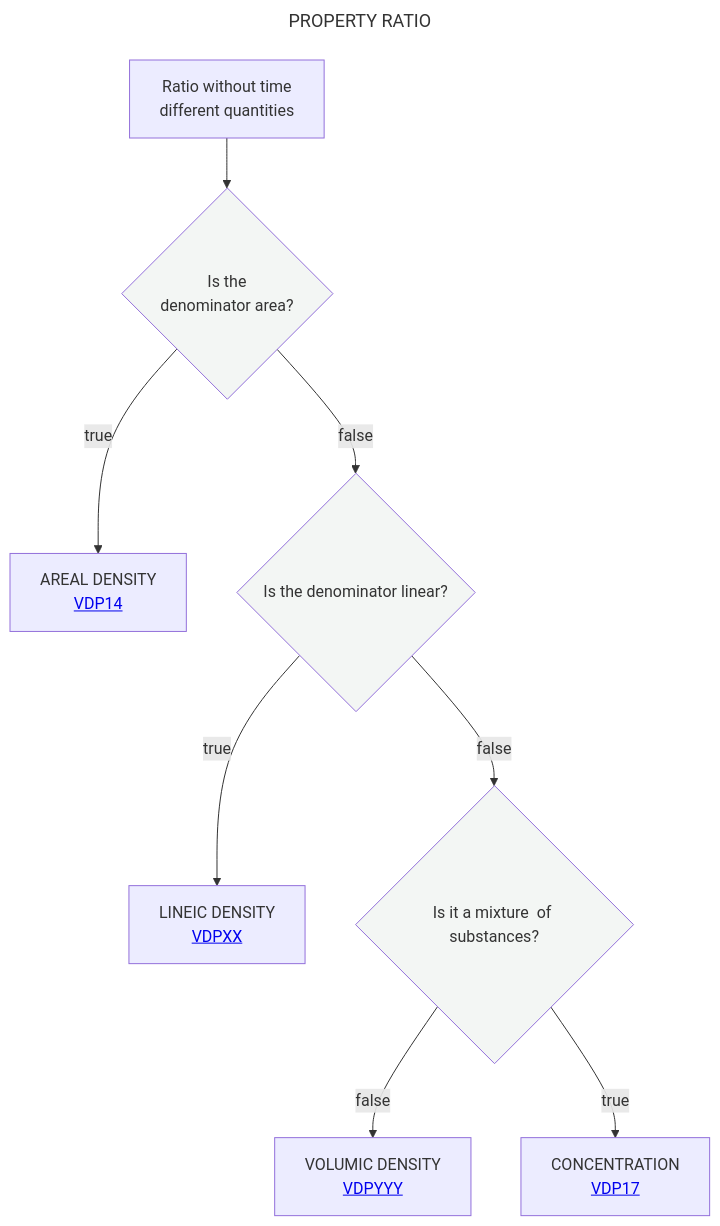
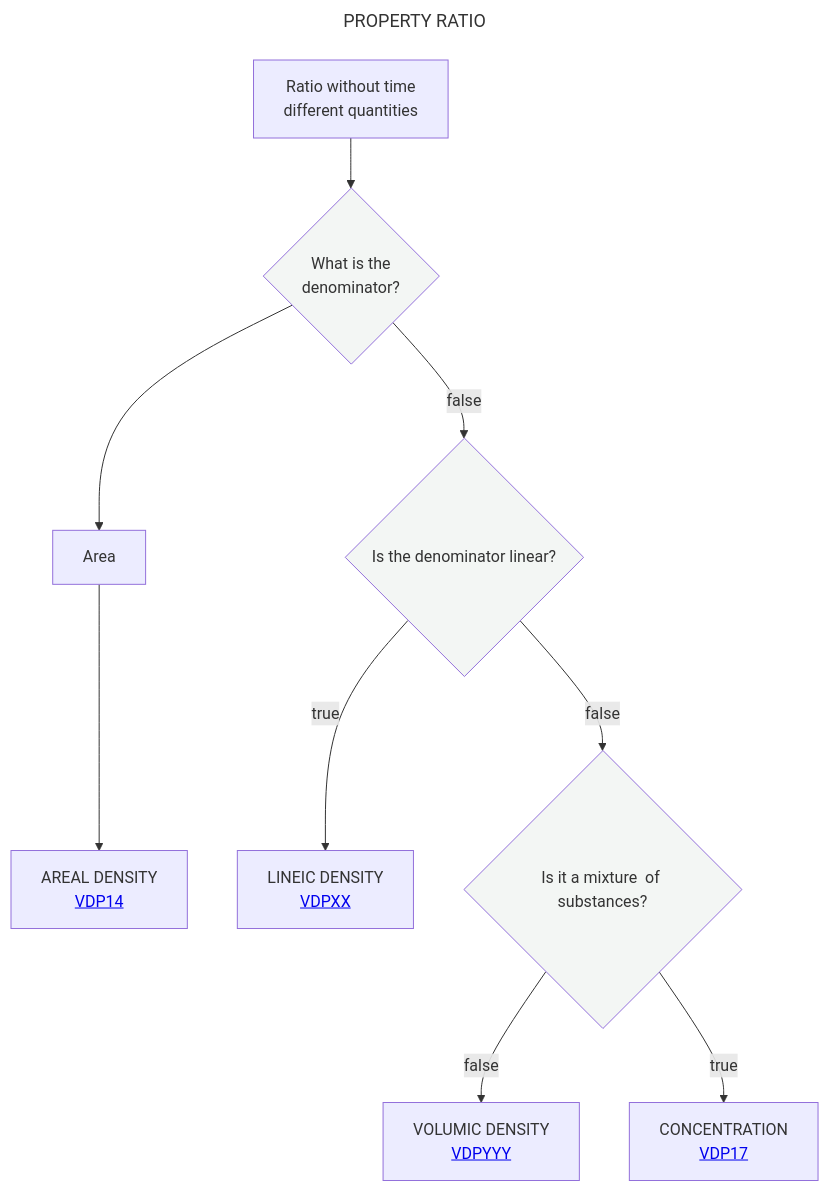
Before and after one commit to mabablue/I-ADOPT-patterns-playground: the diagram in Decisition_trees/DT4.mmd, drawn with Mermaid.

```diff
--- a/Decisition_trees/DT4.mmd
+++ b/Decisition_trees/DT4.mmd
@@ -1,15 +1,15 @@
 ---
 title: PROPERTY RATIO
 ---
 flowchart TD
-    A[Ratio without time <br> different quantities] --> B{Is the <br> denominator area?}:::white
-    B --> |true|C[AREAL DENSITY <br> <a href='https://github.com/mabablue/I-ADOPT-patterns-playground/blob/main/pattern/VDP14.yaml'>VDP14</a>]
+    A[Ratio without time <br> different quantities] --> B{What is the <br> denominator?}:::white
+    B --> Area -->C[AREAL DENSITY <br> <a href='https://github.com/mabablue/I-ADOPT-patterns-playground/blob/main/pattern/VDP14.yaml'>VDP14</a>]
     B --> |false|DE{Is the denominator linear?}:::white
     DE --> |true|N[LINEIC DENSITY <br> <a href='https://github.com/mabablue/I-ADOPT-patterns-playground/blob/main/pattern/VDPXX.yaml'>VDPXX</a>]
     DE --> |false|E{Is it a mixture <be> of substances?}:::white
     E --> |false|G[VOLUMIC DENSITY <br> <a href='https://github.com/mabablue/I-ADOPT-patterns-playground/blob/main/pattern/VDP20.yaml'>VDPYYY</a>]
     E--> |true|H[CONCENTRATION <br> <a href='https://github.com/mabablue/I-ADOPT-patterns-playground/blob/main/pattern/VDP17.yaml'>VDP17</a>]
    classDef blue fill:#90D5FF
    classDef satblue fill:#57B9FF 
    classDef white fill:#f3f6f4
    classDef green fill:#6aa84f
```
